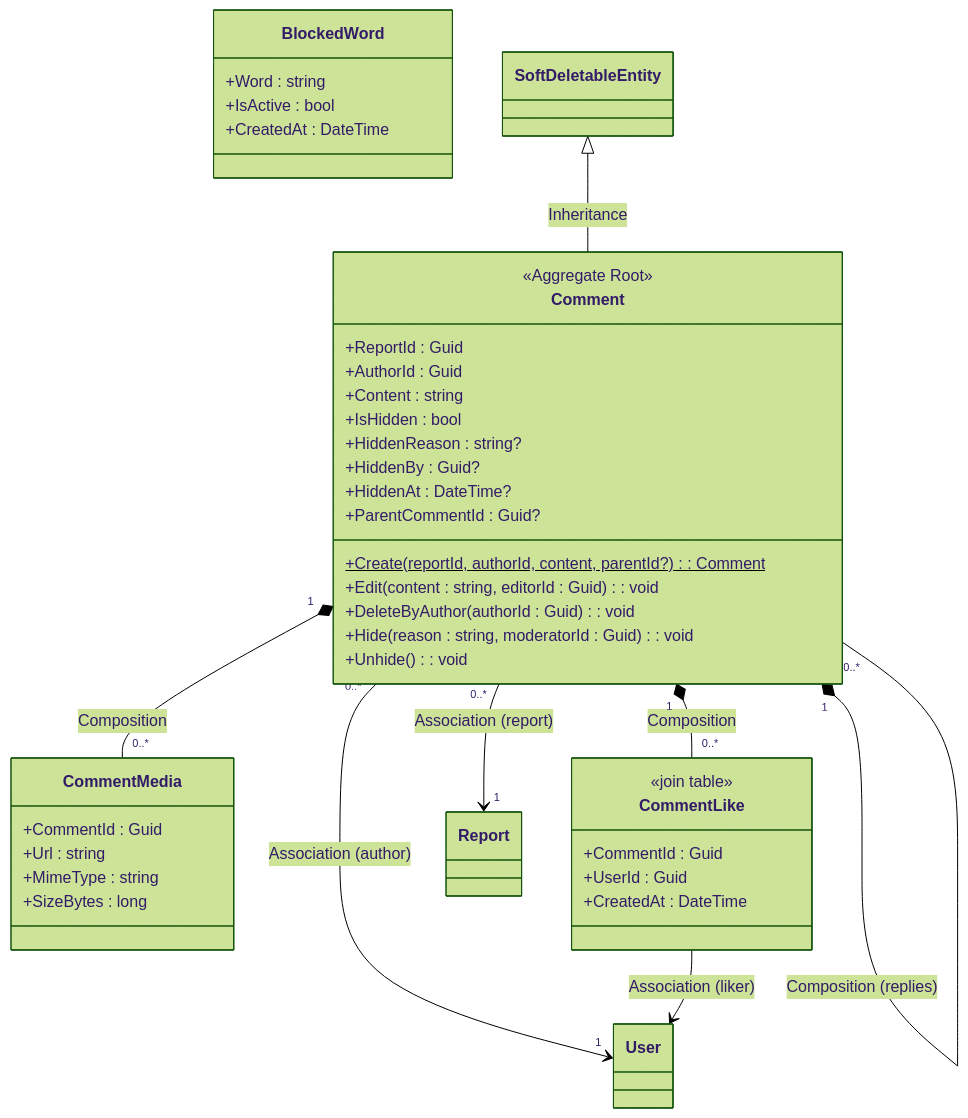
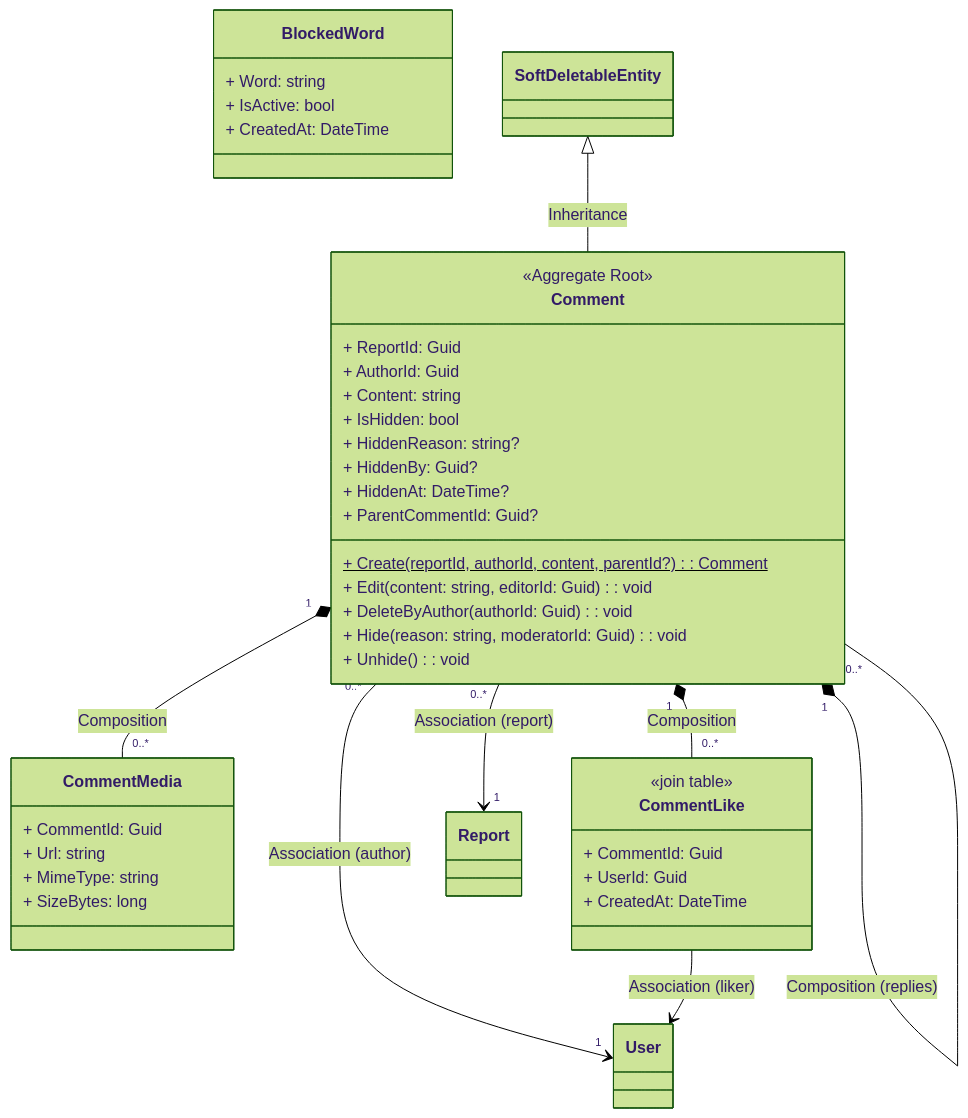
The ninth of 14 diagrams in docs/BusinessRule/CLASS_DIAGRAMS.md (Capstonne-Project/greenlens-service), drawn with Mermaid (forest theme) before and after one commit. The commit also changed other lines of this file, not shown here.

Commit message:
chore(docs): class diagram md enhance format

````diff
--- a/docs/BusinessRule/CLASS_DIAGRAMS.md
+++ b/docs/BusinessRule/CLASS_DIAGRAMS.md
@@ -794,49 +794,49 @@
 ```mermaid
 classDiagram
     class Comment {
         <<Aggregate Root>>
-        +ReportId : Guid
-        +AuthorId : Guid
-        +Content : string
-        +IsHidden : bool
-        +HiddenReason : string?
-        +HiddenBy : Guid?
-        +HiddenAt : DateTime?
-        +ParentCommentId : Guid?
-        +Create(reportId, authorId, content, parentId?) : Comment$
-        +Edit(content : string, editorId : Guid) : void
-        +DeleteByAuthor(authorId : Guid) : void
-        +Hide(reason : string, moderatorId : Guid) : void
-        +Unhide() : void
+        + ReportId: Guid
+        + AuthorId: Guid
+        + Content: string
+        + IsHidden: bool
+        + HiddenReason: string?
+        + HiddenBy: Guid?
+        + HiddenAt: DateTime?
+        + ParentCommentId: Guid?
+        + Create(reportId, authorId, content, parentId?): Comment$
+        + Edit(content: string, editorId: Guid): void
+        + DeleteByAuthor(authorId: Guid): void
+        + Hide(reason: string, moderatorId: Guid): void
+        + Unhide(): void
     }
 
     class CommentMedia {
-        +CommentId : Guid
-        +Url : string
-        +MimeType : string
-        +SizeBytes : long
+        + CommentId: Guid
+        + Url: string
+        + MimeType: string
+        + SizeBytes: long
     }
 
     class CommentLike {
         <<join table>>
-        +CommentId : Guid
-        +UserId : Guid
-        +CreatedAt : DateTime
+        + CommentId: Guid
+        + UserId: Guid
+        + CreatedAt: DateTime
     }
 
     class BlockedWord {
-        +Word : string
-        +IsActive : bool
-        +CreatedAt : DateTime
+        + Word: string
+        + IsActive: bool
+        + CreatedAt: DateTime
     }
 
     SoftDeletableEntity <|-- Comment : Inheritance
 
     Comment "1" *-- "0..*" CommentMedia : Composition
     Comment "1" *-- "0..*" CommentLike : Composition
     Comment "1" *-- "0..*" Comment : Composition (replies)
 
     Comment "0..*" --> "1" Report : Association (report)
     Comment "0..*" --> "1" User : Association (author)
     CommentLike --> User : Association (liker)
 ```
````
